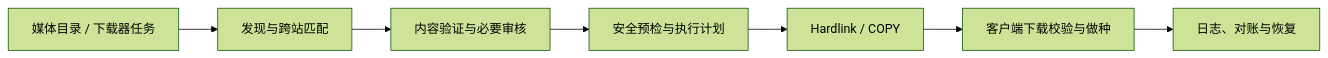
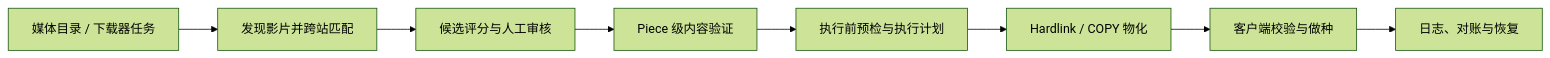
The diagram in README.md (YYxiaoma/PackBreaker), drawn with Mermaid (forest theme) before and after one commit. The commit also changed other lines of this file and 8 other files, not shown here.

````diff
--- a/README.md
+++ b/README.md
@@ -29,9 +71,10 @@
 ```mermaid
 flowchart LR
-    A["媒体目录 / 下载器任务"] --> B["发现与跨站匹配"]
-    B --> C["内容验证与必要审核"]
-    C --> D["安全预检与执行计划"]
-    D --> E["Hardlink / COPY"]
-    E --> F["客户端下载校验与做种"]
-    F --> G["日志、对账与恢复"]
+    A["媒体目录 / 下载器任务"] --> B["发现影片并跨站匹配"]
+    B --> C["候选评分与人工审核"]
+    C --> D["Piece 级内容验证"]
+    D --> E["执行前预检与执行计划"]
+    E --> F["Hardlink / COPY 物化"]
+    F --> G["客户端校验与做种"]
+    G --> H["日志、对账与恢复"]
 ```
````
